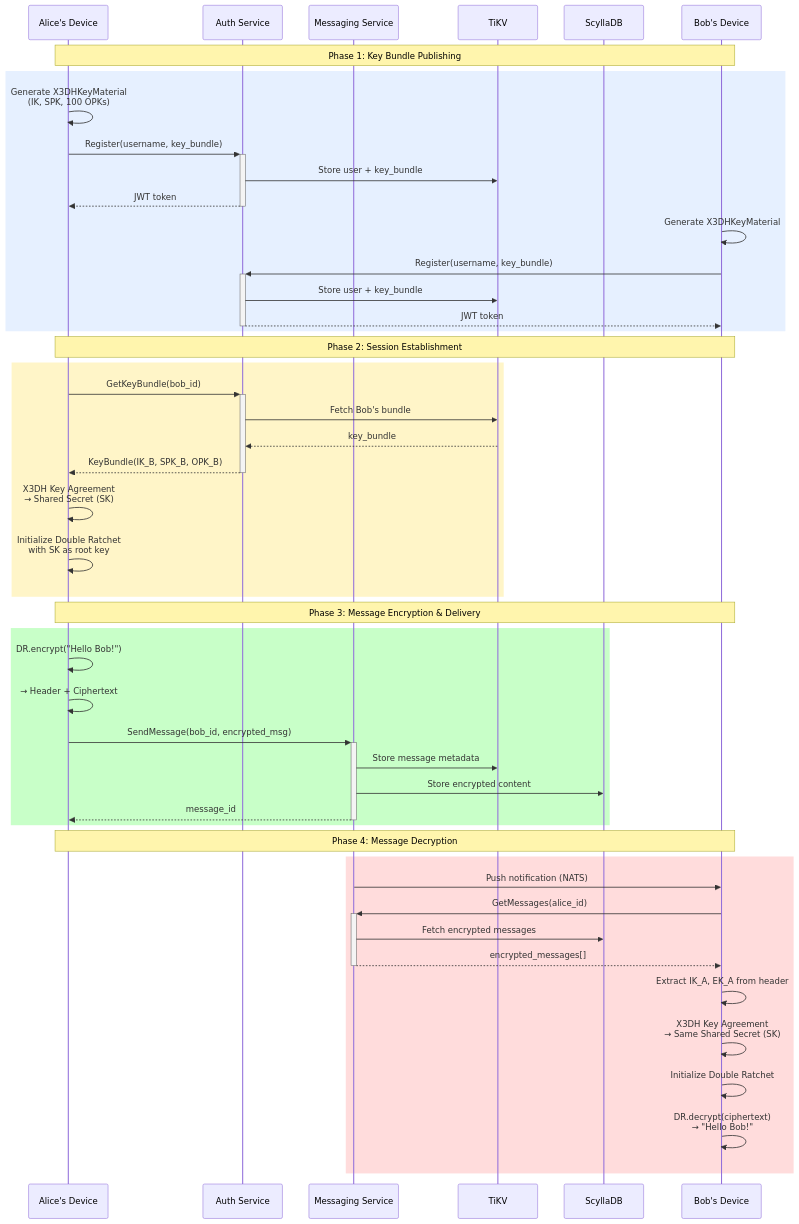
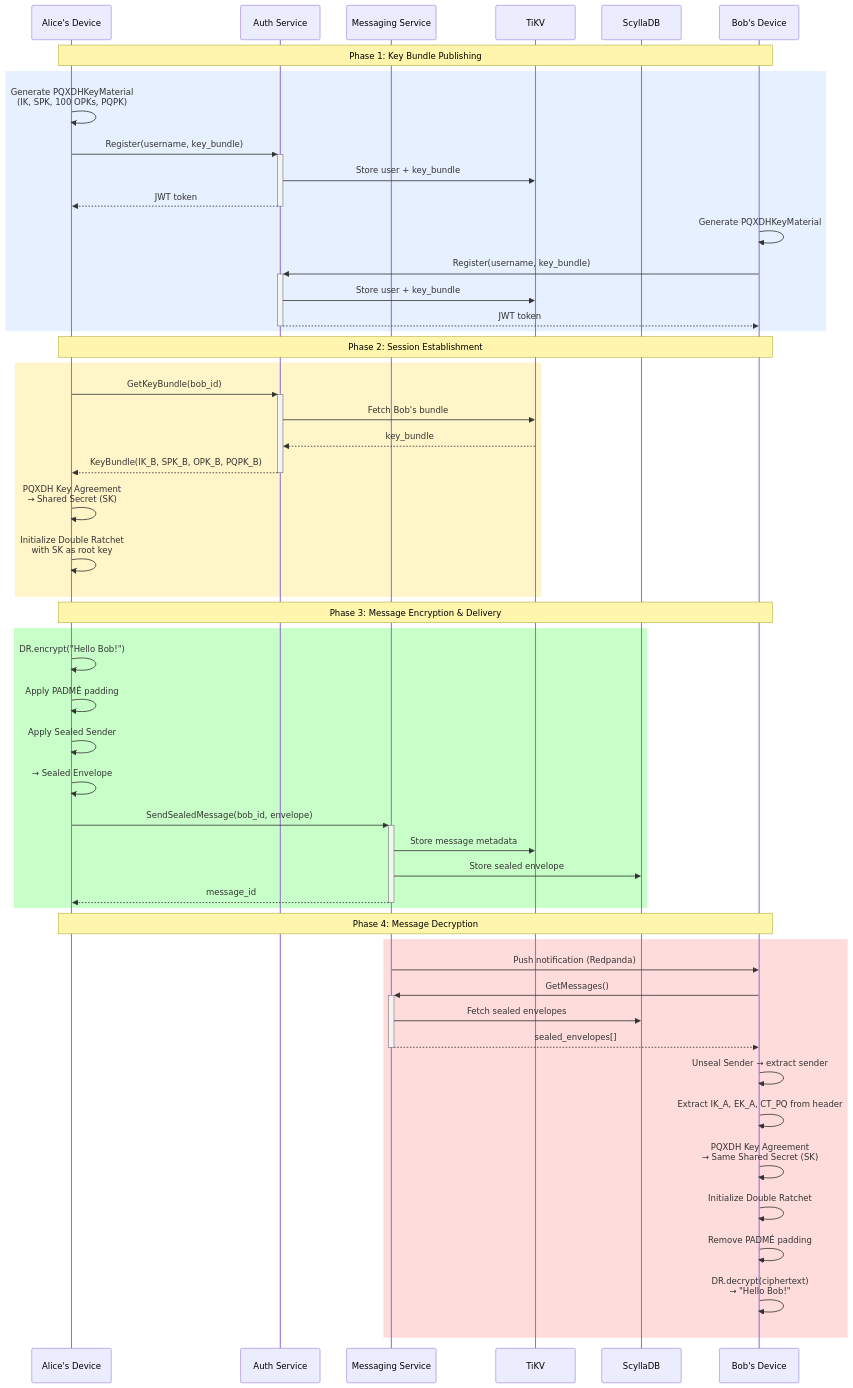
One commit to guardyn/guardyn changed diagram 18 of 23 in docs/ENCRYPTION_ARCHITECTURE.md. Above: the diagram before and after it, drawn with Mermaid. The commit also changed other lines of this file and 18 other files, not shown here.

First line of the commit message:
feat: migrate messaging from NATS to Redpanda

````diff
--- a/docs/ENCRYPTION_ARCHITECTURE.md
+++ b/docs/ENCRYPTION_ARCHITECTURE.md
@@ -597,57 +809,61 @@
 ```mermaid
 sequenceDiagram
     participant Alice as Alice's Device
     participant AuthSvc as Auth Service
     participant MsgSvc as Messaging Service
     participant TiKV as TiKV
     participant ScyllaDB as ScyllaDB
     participant Bob as Bob's Device
 
     Note over Alice,Bob: Phase 1: Key Bundle Publishing
     rect rgb(230, 240, 255)
-        Alice->>Alice: Generate X3DHKeyMaterial<br/>(IK, SPK, 100 OPKs)
+        Alice->>Alice: Generate PQXDHKeyMaterial<br/>(IK, SPK, 100 OPKs, PQPK)
         Alice->>+AuthSvc: Register(username, key_bundle)
         AuthSvc->>TiKV: Store user + key_bundle
         AuthSvc-->>-Alice: JWT token
 
-        Bob->>Bob: Generate X3DHKeyMaterial
+        Bob->>Bob: Generate PQXDHKeyMaterial
         Bob->>+AuthSvc: Register(username, key_bundle)
         AuthSvc->>TiKV: Store user + key_bundle
         AuthSvc-->>-Bob: JWT token
     end
 
     Note over Alice,Bob: Phase 2: Session Establishment
     rect rgb(255, 245, 200)
         Alice->>+AuthSvc: GetKeyBundle(bob_id)
         AuthSvc->>TiKV: Fetch Bob's bundle
         TiKV-->>AuthSvc: key_bundle
-        AuthSvc-->>-Alice: KeyBundle(IK_B, SPK_B, OPK_B)
+        AuthSvc-->>-Alice: KeyBundle(IK_B, SPK_B, OPK_B, PQPK_B)
 
-        Alice->>Alice: X3DH Key Agreement<br/>→ Shared Secret (SK)
+        Alice->>Alice: PQXDH Key Agreement<br/>→ Shared Secret (SK)
         Alice->>Alice: Initialize Double Ratchet<br/>with SK as root key
     end
 
     Note over Alice,Bob: Phase 3: Message Encryption & Delivery
     rect rgb(200, 255, 200)
         Alice->>Alice: DR.encrypt("Hello Bob!")
-        Alice->>Alice: → Header + Ciphertext
+        Alice->>Alice: Apply PADMÉ padding
+        Alice->>Alice: Apply Sealed Sender
+        Alice->>Alice: → Sealed Envelope
 
-        Alice->>+MsgSvc: SendMessage(bob_id, encrypted_msg)
+        Alice->>+MsgSvc: SendSealedMessage(bob_id, envelope)
         MsgSvc->>TiKV: Store message metadata
-        MsgSvc->>ScyllaDB: Store encrypted content
+        MsgSvc->>ScyllaDB: Store sealed envelope
         MsgSvc-->>-Alice: message_id
     end
 
     Note over Alice,Bob: Phase 4: Message Decryption
     rect rgb(255, 220, 220)
-        MsgSvc->>Bob: Push notification (NATS)
-        Bob->>+MsgSvc: GetMessages(alice_id)
-        MsgSvc->>ScyllaDB: Fetch encrypted messages
-        MsgSvc-->>-Bob: encrypted_messages[]
+        MsgSvc->>Bob: Push notification (Redpanda)
+        Bob->>+MsgSvc: GetMessages()
+        MsgSvc->>ScyllaDB: Fetch sealed envelopes
+        MsgSvc-->>-Bob: sealed_envelopes[]
 
-        Bob->>Bob: Extract IK_A, EK_A from header
-        Bob->>Bob: X3DH Key Agreement<br/>→ Same Shared Secret (SK)
+        Bob->>Bob: Unseal Sender → extract sender
+        Bob->>Bob: Extract IK_A, EK_A, CT_PQ from header
+        Bob->>Bob: PQXDH Key Agreement<br/>→ Same Shared Secret (SK)
         Bob->>Bob: Initialize Double Ratchet
+        Bob->>Bob: Remove PADMÉ padding
         Bob->>Bob: DR.decrypt(ciphertext)<br/>→ "Hello Bob!"
     end
 ```
````
